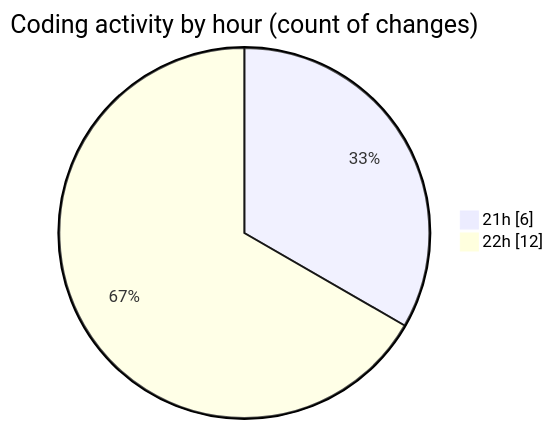
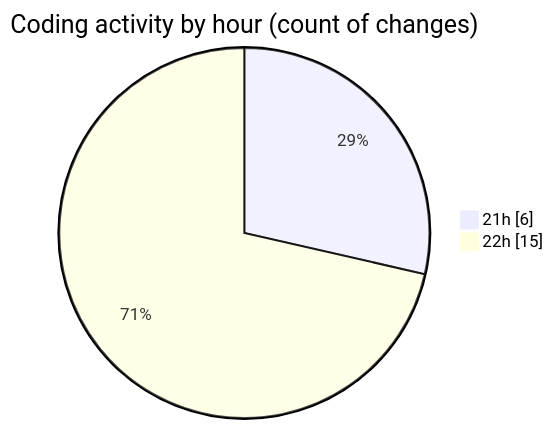
Before and after one commit to JenPaints/code-tracking: the second of 2 diagrams in 2025-07-24/cohera/README.md, drawn with Mermaid. The commit also changed other lines of this file and 1 other file, not shown here.

````diff
--- a/2025-07-24/cohera/README.md
+++ b/2025-07-24/cohera/README.md
@@ -37,6 +37,6 @@
 ```mermaid
 pie showData
 title Coding activity by hour (count of changes)
 "21h" : 6
-"22h" : 12
+"22h" : 15
 ```
````
